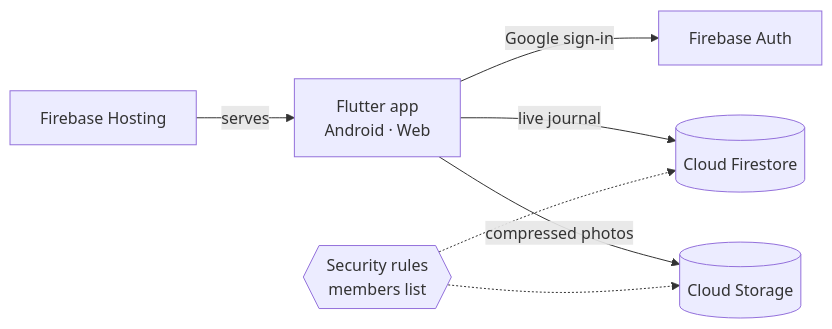
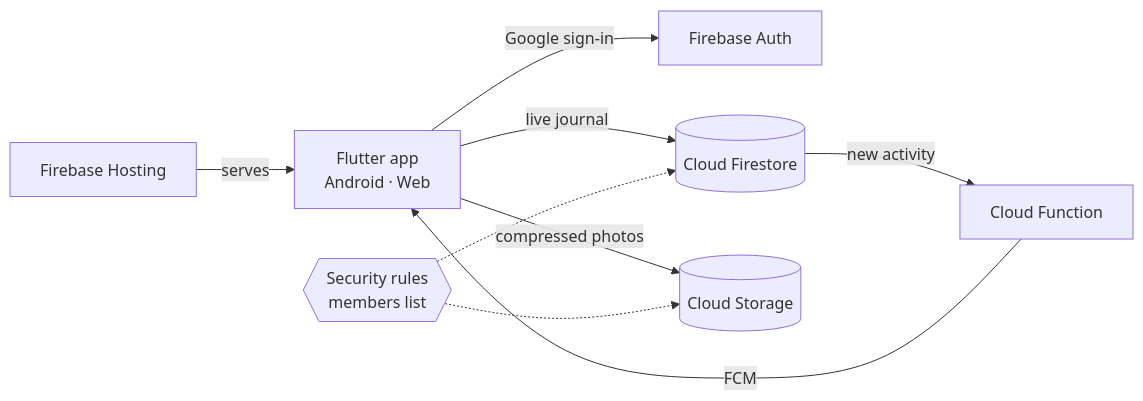
The diagram in README.md (hkhaNguyen/us-together), drawn with Mermaid before and after one commit. The commit also changed other lines of this file and 1 other file, not shown here.

````diff
--- a/README.md
+++ b/README.md
@@ -34,9 +35,11 @@
 ```mermaid
 flowchart LR
   app["Flutter app<br/>Android · Web"] -- Google sign-in --> auth[Firebase Auth]
   app -- live journal --> fs[(Cloud Firestore)]
   app -- compressed photos --> st[(Cloud Storage)]
   hosting[Firebase Hosting] -- serves --> app
   rules{{"Security rules<br/>members list"}} -.-> fs
   rules -.-> st
+  fs -- new activity --> fn[Cloud Function]
+  fn -- FCM --> app
 ```
````
